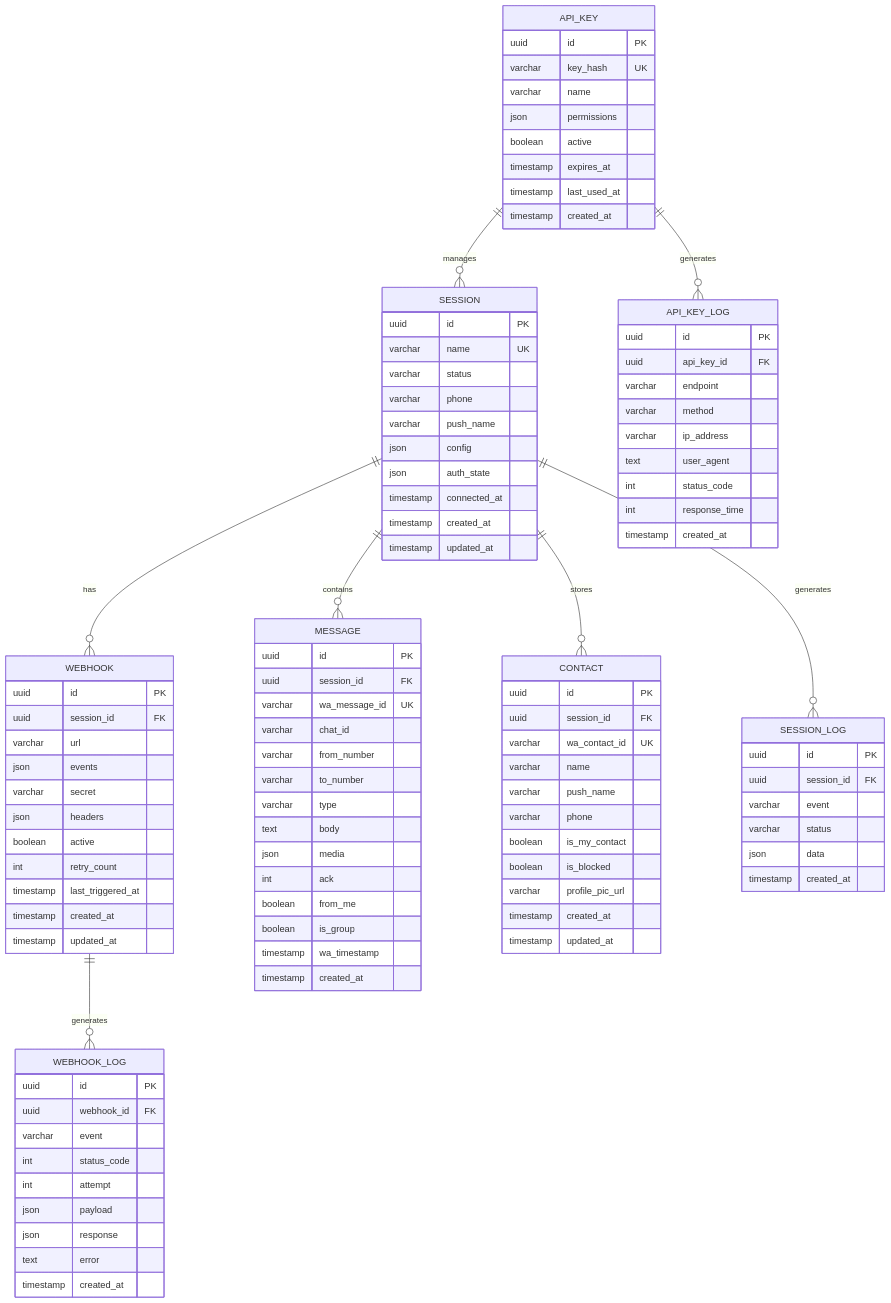
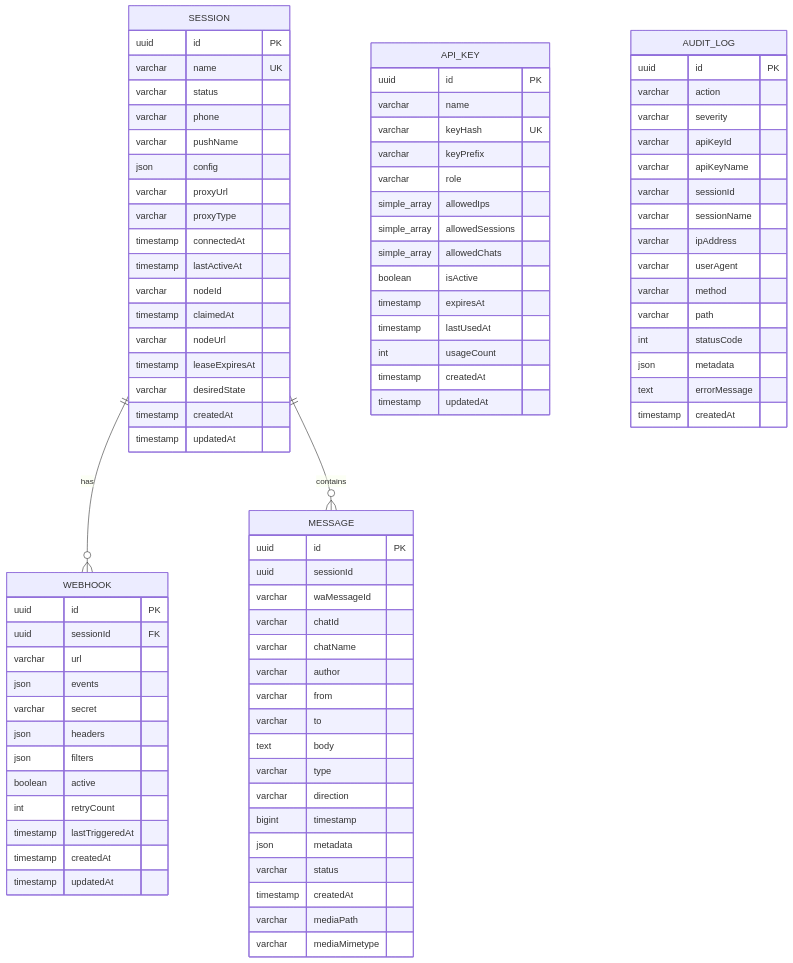
The first of 4 diagrams in portals/crm/open-wa-server/docs/05-database-design.md (suryansh-business-work/duncit-all), drawn with Mermaid before and after one commit. The commit also changed other lines of this file and 2547 other files, not shown here.

````diff
--- a/portals/crm/open-wa-server/docs/05-database-design.md
+++ b/portals/crm/open-wa-server/docs/05-database-design.md
@@ -132,111 +223,94 @@
 erDiagram
     SESSION ||--o{ WEBHOOK : has
     SESSION ||--o{ MESSAGE : contains
-    SESSION ||--o{ CONTACT : stores
-    SESSION ||--o{ SESSION_LOG : generates
-    API_KEY ||--o{ SESSION : manages
-    API_KEY ||--o{ API_KEY_LOG : generates
-    WEBHOOK ||--o{ WEBHOOK_LOG : generates
 
     SESSION {
         uuid id PK
         varchar name UK
         varchar status
         varchar phone
-        varchar push_name
+        varchar pushName
         json config
-        json auth_state
-        timestamp connected_at
-        timestamp created_at
-        timestamp updated_at
+        varchar proxyUrl
+        varchar proxyType
+        timestamp connectedAt
+        timestamp lastActiveAt
+        varchar nodeId
+        timestamp claimedAt
+        varchar nodeUrl
+        timestamp leaseExpiresAt
+        varchar desiredState
+        timestamp createdAt
+        timestamp updatedAt
     }
 
     WEBHOOK {
         uuid id PK
-        uuid session_id FK
+        uuid sessionId FK
         varchar url
         json events
         varchar secret
         json headers
+        json filters
         boolean active
-        int retry_count
-        timestamp last_triggered_at
-        timestamp created_at
-        timestamp updated_at
+        int retryCount
+        timestamp lastTriggeredAt
+        timestamp createdAt
+        timestamp updatedAt
     }
 
     MESSAGE {
         uuid id PK
-        uuid session_id FK
-        varchar wa_message_id UK
-        varchar chat_id
-        varchar from_number
-        varchar to_number
+        uuid sessionId
+        varchar waMessageId
+        varchar chatId
+        varchar chatName
+        varchar author
+        varchar from
+        varchar to
+        text body
         varchar type
-        text body
-        json media
-        int ack
-        boolean from_me
-        boolean is_group
-        timestamp wa_timestamp
-        timestamp created_at
-    }
-
-    CONTACT {
-        uuid id PK
-        uuid session_id FK
-        varchar wa_contact_id UK
-        varchar name
-        varchar push_name
-        varchar phone
-        boolean is_my_contact
-        boolean is_blocked
-        varchar profile_pic_url
-        timestamp created_at
-        timestamp updated_at
+        varchar direction
+        bigint timestamp
+        json metadata
+        varchar status
+        timestamp createdAt
+        varchar mediaPath
+        varchar mediaMimetype
     }
 
     API_KEY {
         uuid id PK
-        varchar key_hash UK
         varchar name
-        json permissions
-        boolean active
-        timestamp expires_at
-        timestamp last_used_at
-        timestamp created_at
+        varchar keyHash UK
+        varchar keyPrefix
+        varchar role
+        simple_array allowedIps
+        simple_array allowedSessions
+        simple_array allowedChats
+        boolean isActive
+        timestamp expiresAt
+        timestamp lastUsedAt
+        int usageCount
+        timestamp createdAt
+        timestamp updatedAt
     }
 
-    SESSION_LOG {
+    AUDIT_LOG {
         uuid id PK
-        uuid session_id FK
-        varchar event
-        varchar status
-        json data
-        timestamp created_at
-    }
-
-    WEBHOOK_LOG {
-        uuid id PK
-        uuid webhook_id FK
-        varchar event
-        int status_code
-        int attempt
-        json payload
-        json response
-        text error
-        timestamp created_at
-    }
-
-    API_KEY_LOG {
-        uuid id PK
-        uuid api_key_id FK
-        varchar endpoint
+        varchar action
+        varchar severity
+        varchar apiKeyId
+        varchar apiKeyName
+        varchar sessionId
+        varchar sessionName
+        varchar ipAddress
+        varchar userAgent
         varchar method
-        varchar ip_address
-        text user_agent
-        int status_code
-        int response_time
-        timestamp created_at
+        varchar path
+        int statusCode
+        json metadata
+        text errorMessage
+        timestamp createdAt
     }
 ```
````
